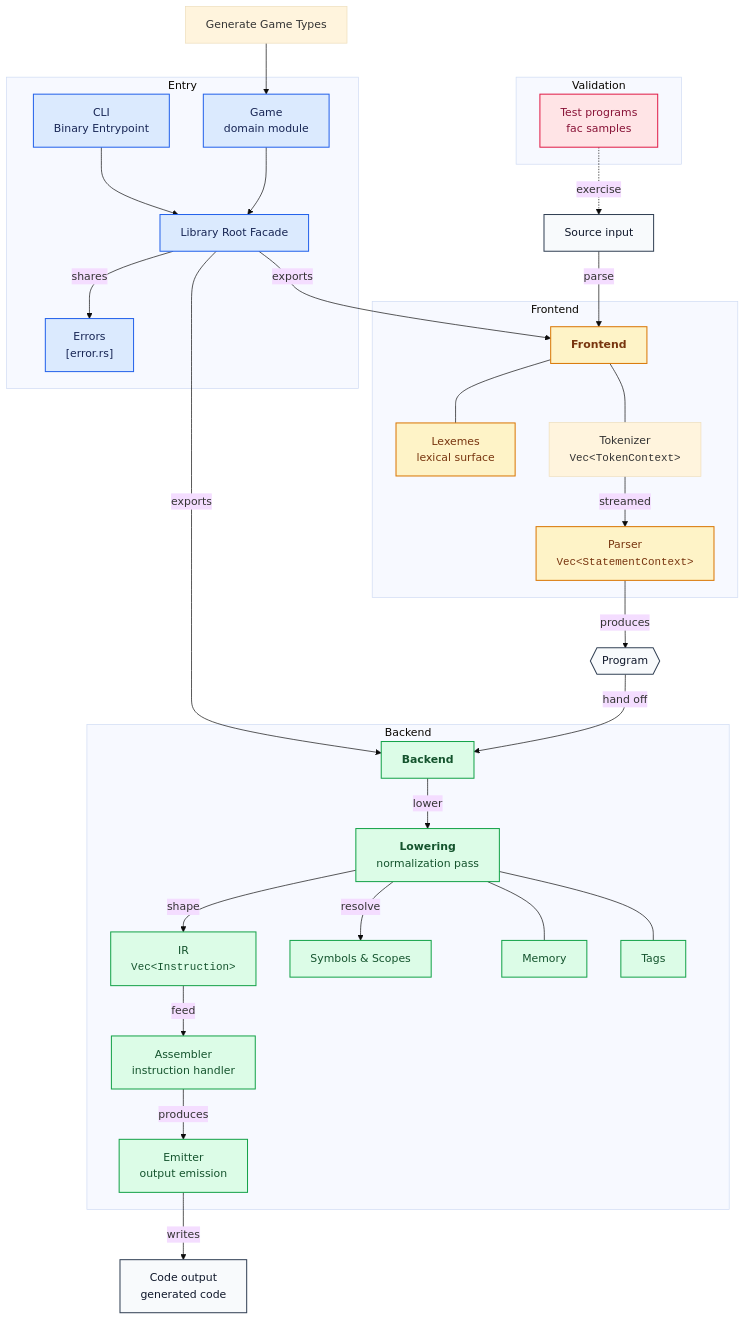
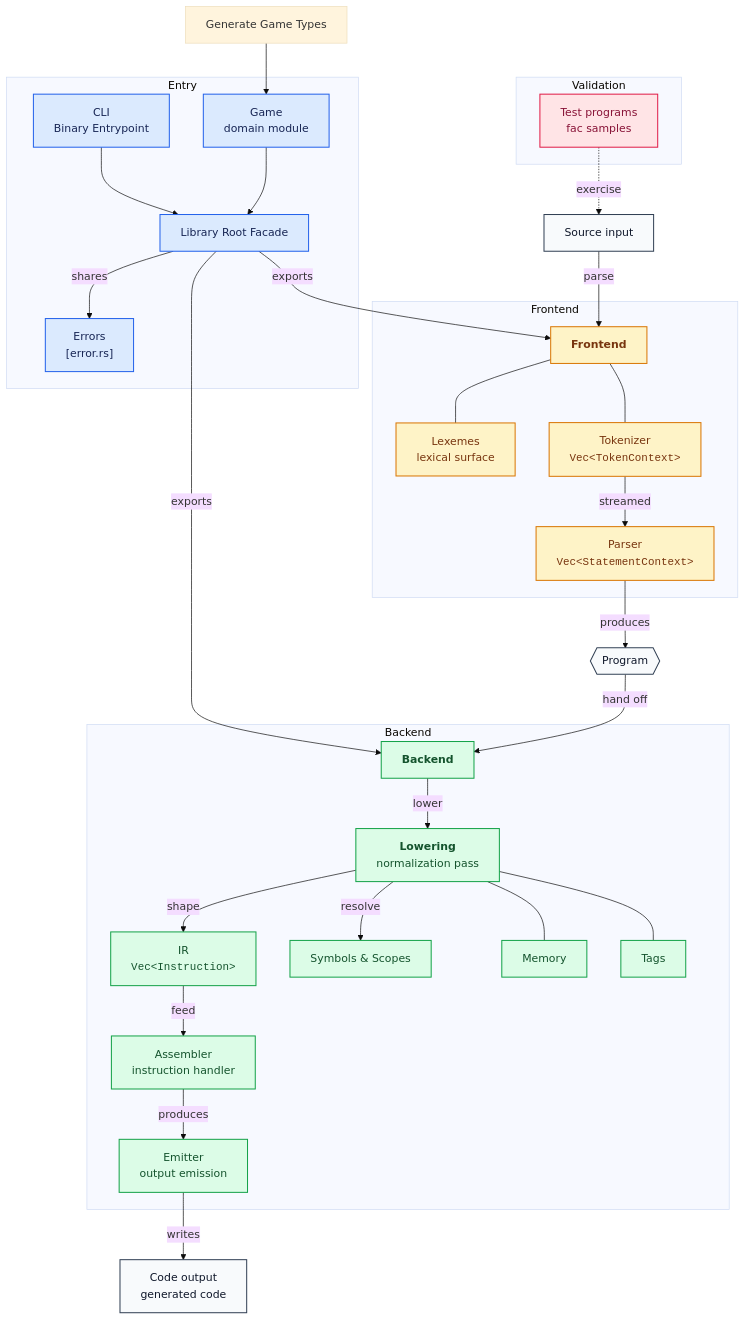
Before and after one commit to theunrealtarik/fcompiler: the diagram in README.md, drawn with Mermaid (base theme).

Commit message:
README.me

```diff
--- a/README.md
+++ b/README.md
@@ -26,6 +26,9 @@
 
 
 click node_tokenizer_mod "github.com/theunrealtarik/fcpu/blob/8bfa39349154767a7432e99ba4fbecc02cd439ff/src/lib/frontend/token.rs#L25"
+
+class node_frontend_mod,node_lexemes_mod,node_token_mod,node_ast_mod,node_parser_mod,node_tokenizer_mod toneAmber
+
 
 subgraph group_backend["Backend"]
   node_backend_mod["<b>Backend</b>"]
@@ -94,8 +97,8 @@
 classDef toneRose fill:#ffe4e6,stroke:#e11d48,stroke-width:1.5px,color:#881337
 classDef toneIndigo fill:#e0e7ff,stroke:#4f46e5,stroke-width:1.5px,color:#312e81
 classDef toneTeal fill:#ccfbf1,stroke:#0f766e,stroke-width:1.5px,color:#134e4a
+
 class node_main_rs,node_lib_root,node_error_mod,node_game_mod toneBlue
-class node_frontend_mod,node_lexemes_mod,node_token_mod,node_ast_mod,node_parser_mod toneAmber
 class node_backend_mod,node_ir_mod,node_low_mod,node_mem_mod,node_symbol_mod,node_tags_mod,node_asm_mod,node_emit_mod toneMint
 class node_tests toneRose
 class node_source_input,node_program_model,node_instruction_stream,node_code_output toneNeutral
```
